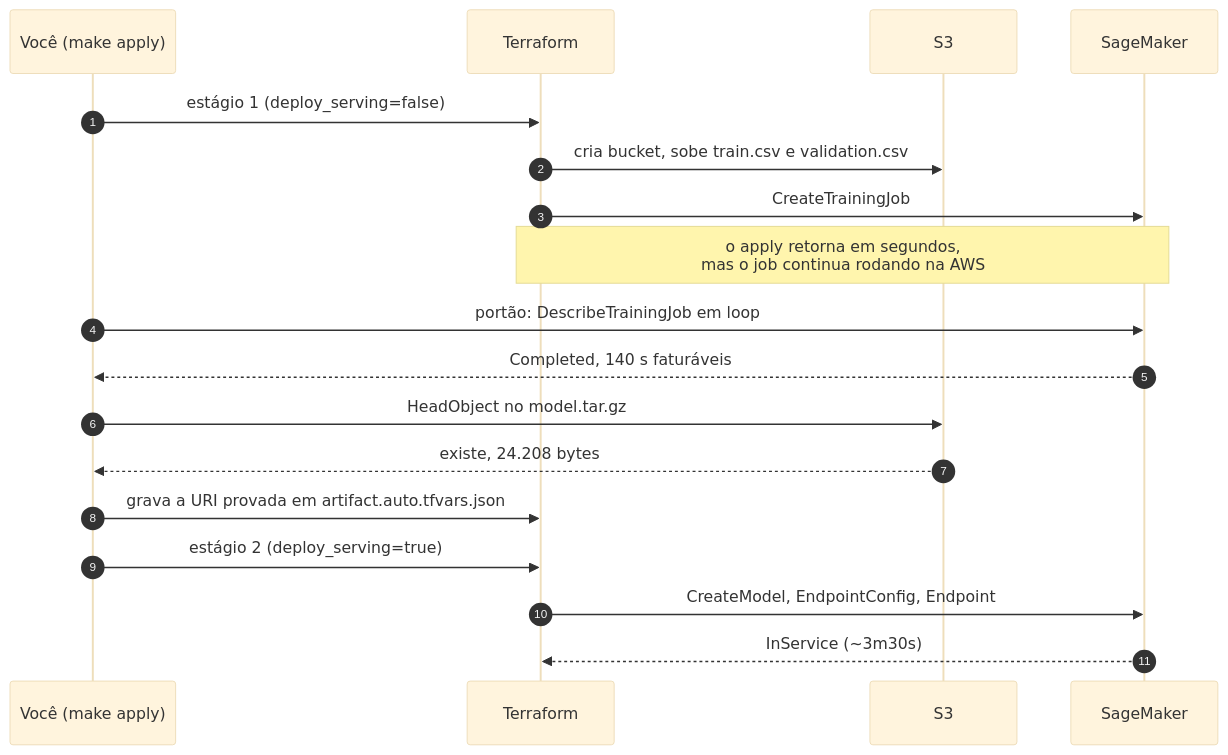
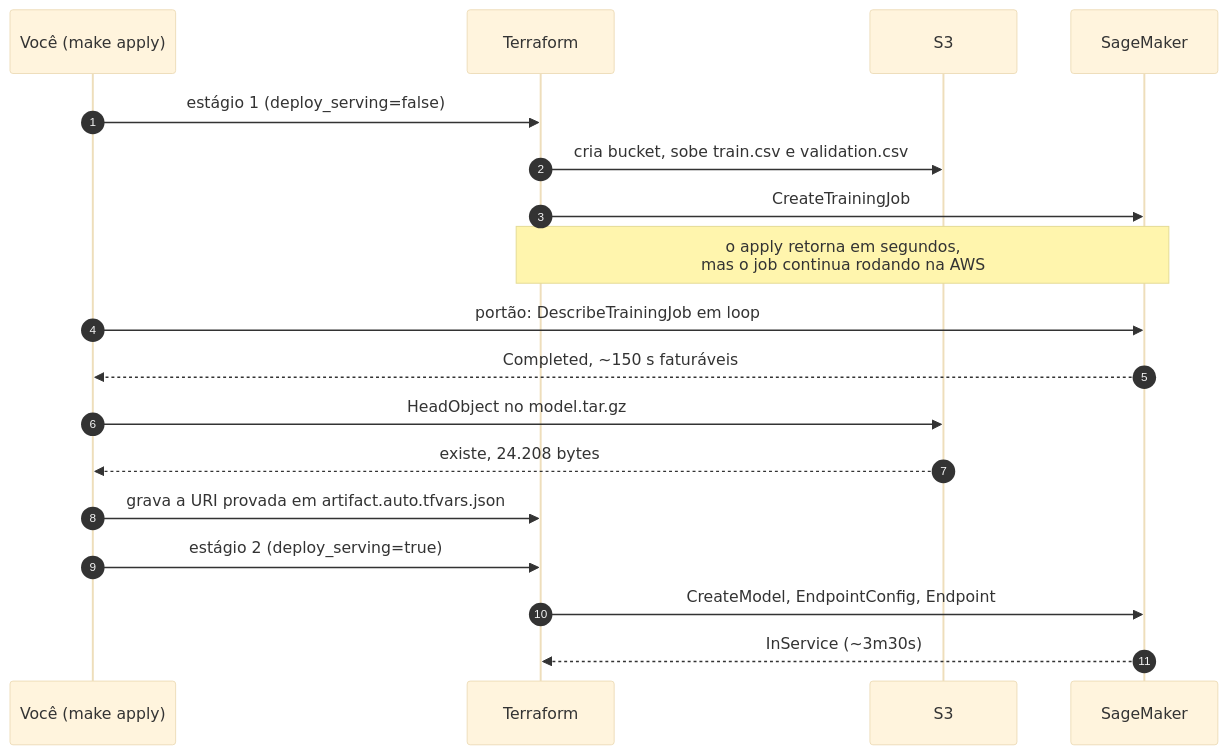
The second of 4 diagrams in 02-ml-system/README.md (vamperst/FIAP-Cloud-Based-Machine-Learning), drawn with Mermaid (base theme) before and after one commit. The commit also changed other lines of this file, not shown here.

````diff
--- a/02-ml-system/README.md
+++ b/02-ml-system/README.md
@@ -153,21 +153,21 @@
 ```mermaid
 sequenceDiagram
   autonumber
   participant V as Você (make apply)
   participant TF as Terraform
   participant S3 as S3
   participant SM as SageMaker
 
   V->>TF: estágio 1 (deploy_serving=false)
   TF->>S3: cria bucket, sobe train.csv e validation.csv
   TF->>SM: CreateTrainingJob
   Note over TF,SM: o apply retorna em segundos,<br/>mas o job continua rodando na AWS
   V->>SM: portão: DescribeTrainingJob em loop
-  SM-->>V: Completed, 140 s faturáveis
+  SM-->>V: Completed, ~150 s faturáveis
   V->>S3: HeadObject no model.tar.gz
   S3-->>V: existe, 24.208 bytes
   V->>TF: grava a URI provada em artifact.auto.tfvars.json
   V->>TF: estágio 2 (deploy_serving=true)
   TF->>SM: CreateModel, EndpointConfig, Endpoint
   SM-->>TF: InService (~3m30s)
 ```
````
